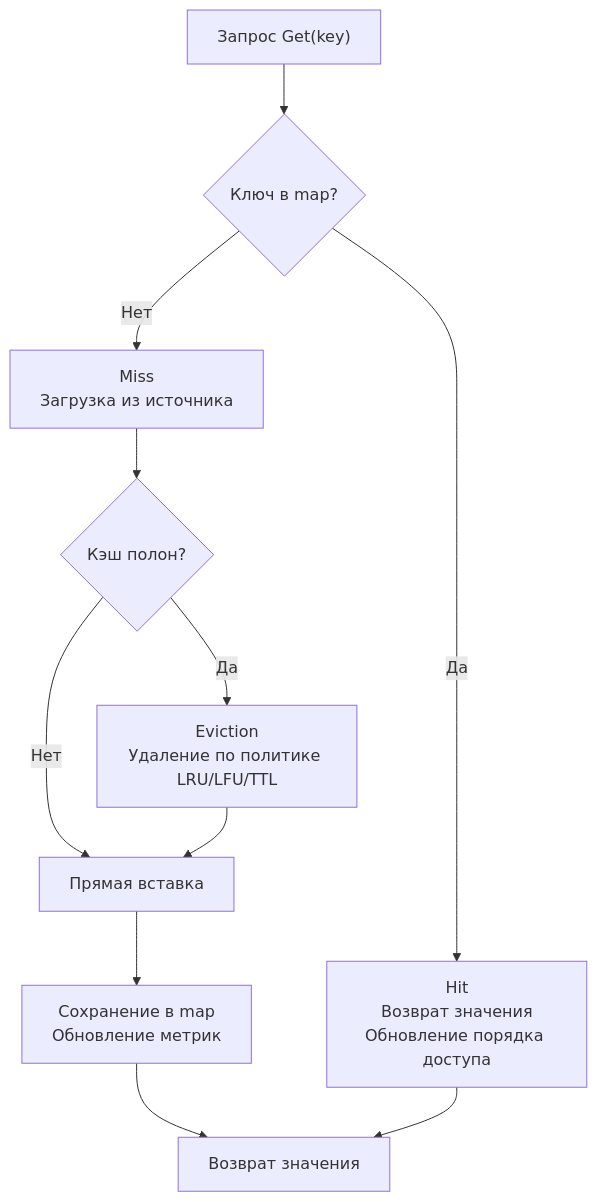
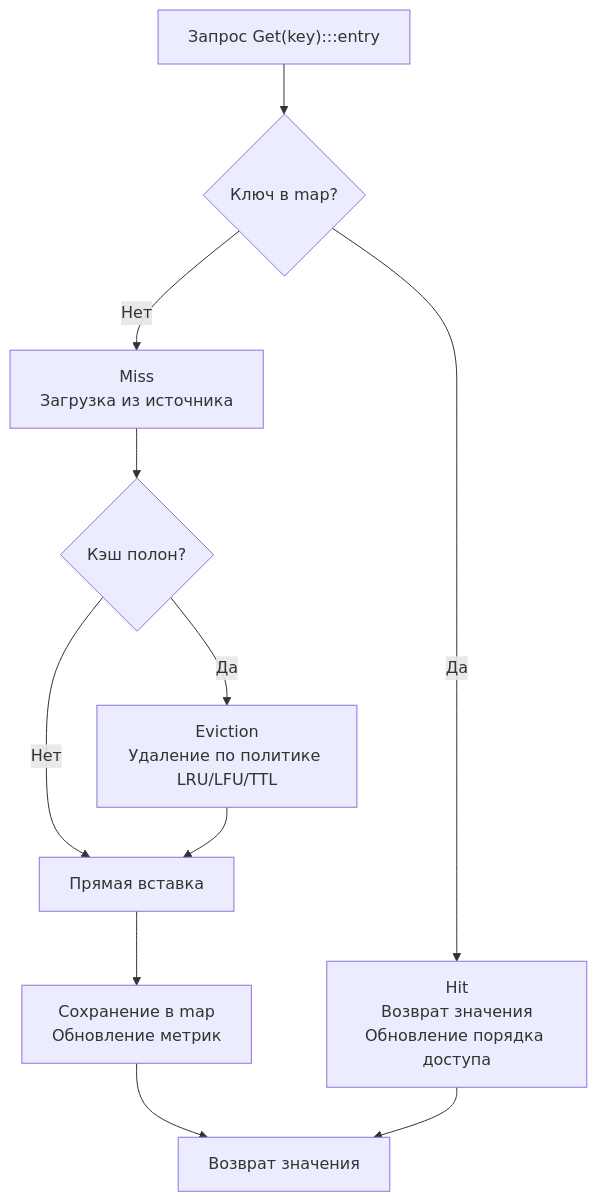
The first of 2 diagrams in sources/21. Задачи с LeetCode и собеседований на Go/02. Задачи/26. Design задачи и структуры данных/2. Кэш структуры.md (UnrealTemplier/go-textbook), drawn with Mermaid before and after one commit. The commit also changed other lines of this file and 1666 other files, not shown here.

First line of the commit message:
feat(mermaid): add semantic color classDef to 1369 colorless flowchart/graph diagrams

````diff
--- a/sources/21. Задачи с LeetCode и собеседований на Go/02. Задачи/26. Design задачи и структуры данных/2. Кэш структуры.md
+++ b/sources/21. Задачи с LeetCode и собеседований на Go/02. Задачи/26. Design задачи и структуры данных/2. Кэш структуры.md
@@ -5,13 +5,23 @@
 ```mermaid
 flowchart TD
-  A["Запрос Get(key)"] --> B{"Ключ в map?"}
+    classDef process  fill:#1e293b,stroke:#38bdf8,stroke-width:1px,color:#f8fafc
+    classDef success  fill:#064e3b,stroke:#34d399,stroke-width:1px,color:#f8fafc
+    classDef error    fill:#7f1d1d,stroke:#f87171,stroke-width:1px,color:#f8fafc
+    classDef warning  fill:#78350f,stroke:#fbbf24,stroke-width:1px,color:#f8fafc
+    classDef entry    fill:#1e3a5f,stroke:#38bdf8,stroke-width:2px,color:#f8fafc
+    classDef aux      fill:#334155,stroke:#64748b,stroke-width:1px,color:#f8fafc
+    classDef system   fill:#312e81,stroke:#a78bfa,stroke-width:1px,color:#f8fafc
+    classDef data     fill:#132d29,stroke:#2dd4bf,stroke-width:1px,color:#f8fafc
+    classDef network  fill:#881337,stroke:#fb7185,stroke-width:1px,color:#f8fafc
+    classDef accent   fill:#1e1b4b,stroke:#818cf8,stroke-width:1px,color:#f8fafc
+  A["Запрос Get(key):::entry"] --> B{"Ключ в map?"}
   B -->|Да| C["Hit<br>Возврат значения<br>Обновление порядка доступа"]
   B -->|Нет| D["Miss<br>Загрузка из источника"]
   D --> E{"Кэш полон?"}
   E -->|Да| F["Eviction<br>Удаление по политике LRU/LFU/TTL"]
   E -->|Нет| G["Прямая вставка"]
   F --> G
   G --> H["Сохранение в map<br>Обновление метрик"]
   H --> I["Возврат значения"]
   C --> I
 ```
````
